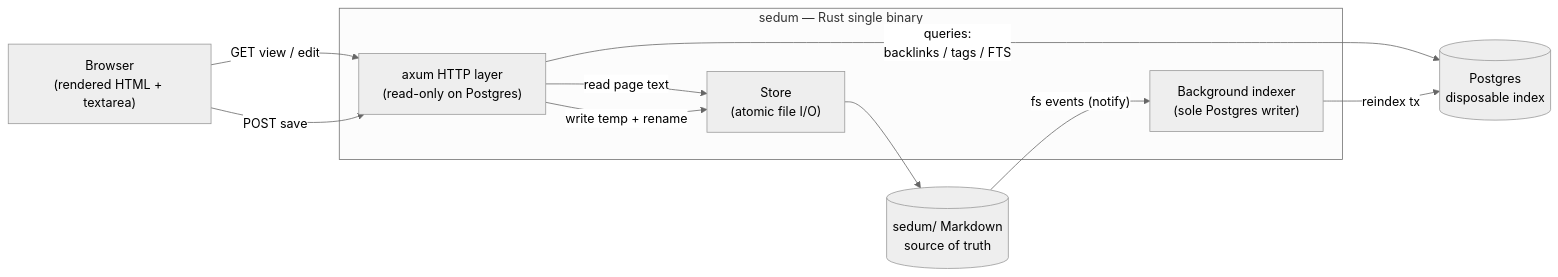
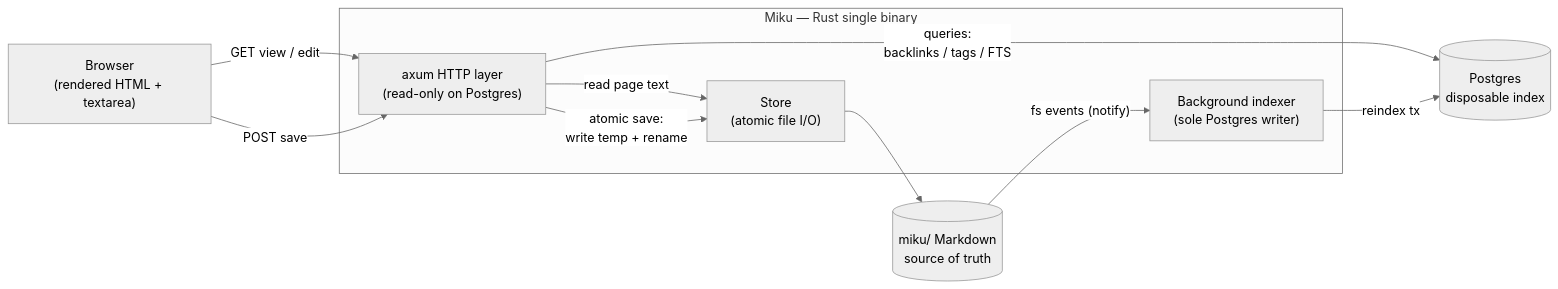
One commit to azusachino/sedum changed the first of 7 diagrams in docs/dataflow.md. Above: the diagram before and after it, drawn with Mermaid (neutral theme). The commit also changed other lines of this file and 27 other files, not shown here.

First line of the commit message:
docs: rebrand sedum -> miku across docs and instructions

````diff
--- a/docs/dataflow.md
+++ b/docs/dataflow.md
@@ -11,22 +11,22 @@
 ```mermaid
 flowchart LR
   Browser["Browser<br/>(rendered HTML + textarea)"]
 
-  subgraph Server["sedum — Rust single binary"]
+  subgraph Server["Miku — Rust single binary"]
     HTTP["axum HTTP layer<br/>(read-only on Postgres)"]
     Store["Store<br/>(atomic file I/O)"]
     Indexer["Background indexer<br/>(sole Postgres writer)"]
   end
 
-  FS[("sedum/ Markdown<br/>source of truth")]
+  FS[("miku/ Markdown<br/>source of truth")]
   PG[("Postgres<br/>disposable index")]
 
   Browser -->|"GET view / edit"| HTTP
   Browser -->|"POST save"| HTTP
   HTTP -->|"read page text"| Store
   HTTP -->|"queries:<br/>backlinks / tags / FTS"| PG
-  HTTP -->|"write temp + rename"| Store
+  HTTP -->|"atomic save:<br/>write temp + rename"| Store
   Store --> FS
   FS -->|"fs events (notify)"| Indexer
   Indexer -->|"reindex tx"| PG
 ```
````
